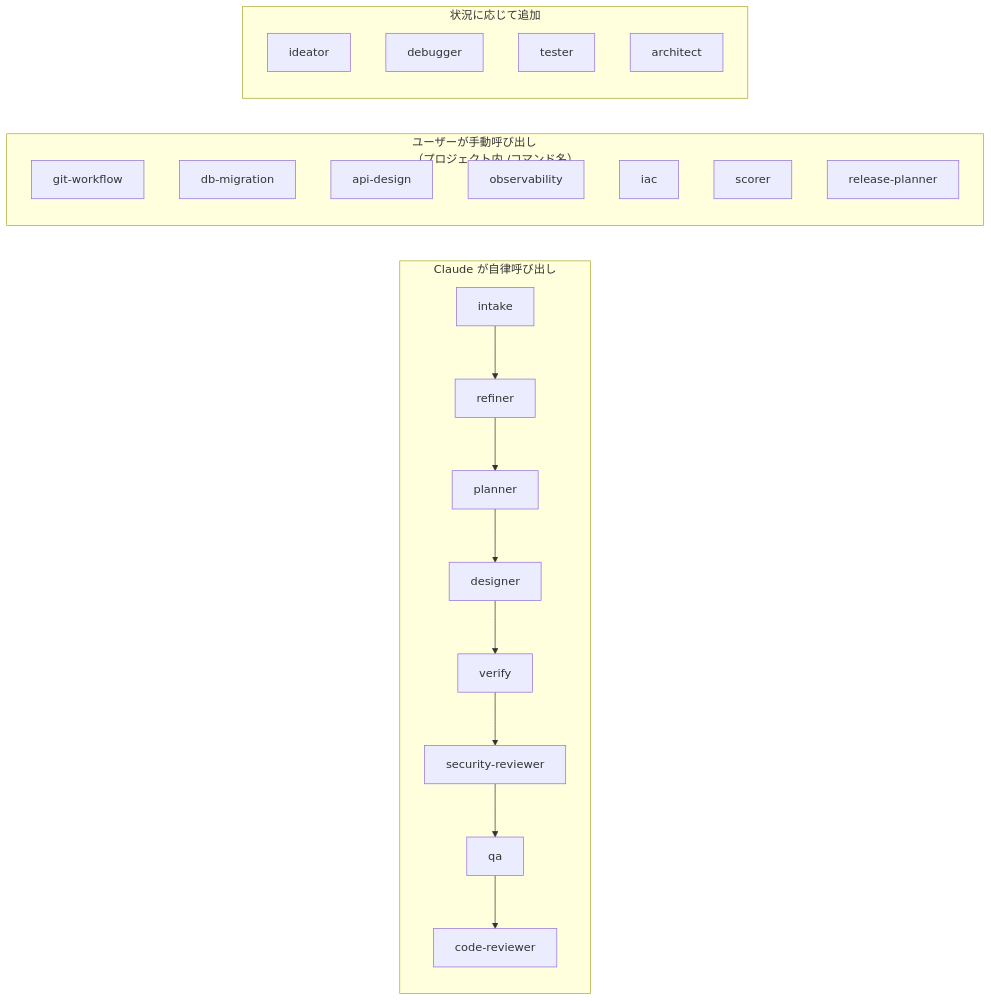
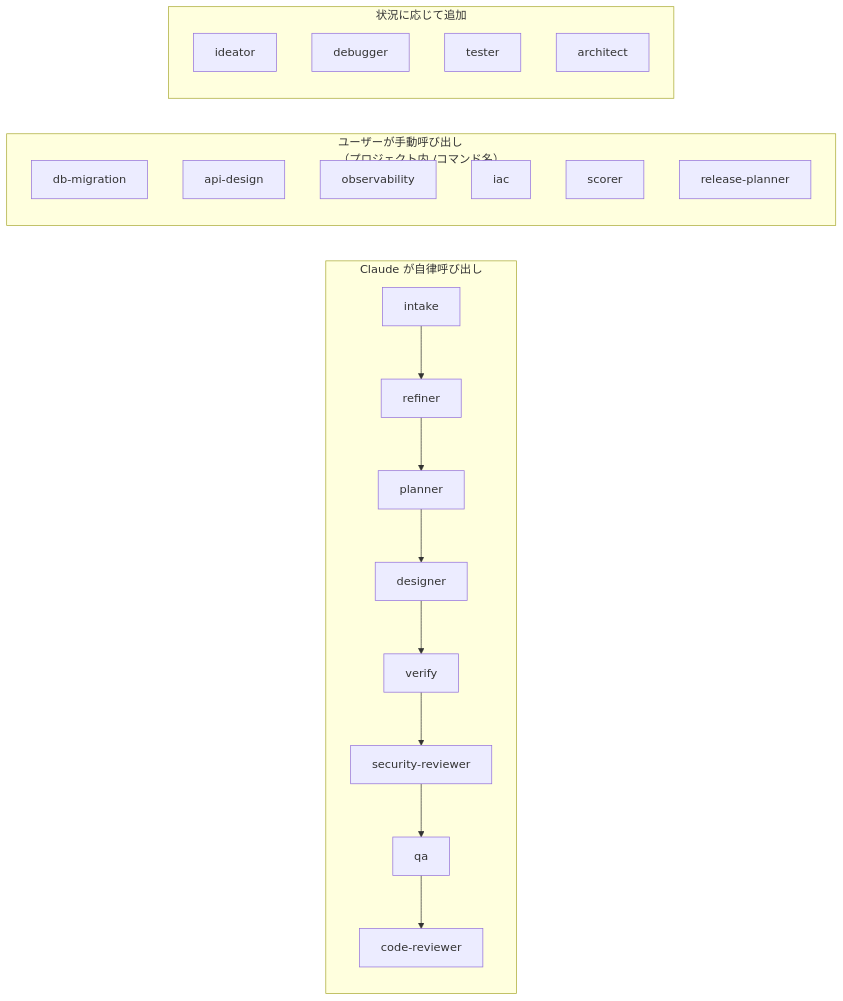
One commit to agaemo/dotfiles changed the second of 2 diagrams in claude/skills/craft/README.md. Above: the diagram before and after it, drawn with Mermaid. The commit also changed other lines of this file and 7 other files, not shown here.

````diff
--- a/claude/skills/craft/README.md
+++ b/claude/skills/craft/README.md
@@ -41,28 +41,27 @@
 ```mermaid
 flowchart LR
     subgraph AUTO["Claude が自律呼び出し"]
         intake --> refiner --> planner
         planner --> designer
         designer --> verify
         verify --> security-reviewer
         security-reviewer --> qa
         qa --> code-reviewer
     end
 
     subgraph MANUAL["ユーザーが手動呼び出し\n（プロジェクト内 /コマンド名）"]
-        git-workflow
         db-migration
         api-design
         observability
         iac
         scorer
         release-planner
     end
 
     subgraph OPT["状況に応じて追加"]
         ideator
         debugger
         tester
         architect
     end
 ```
````
